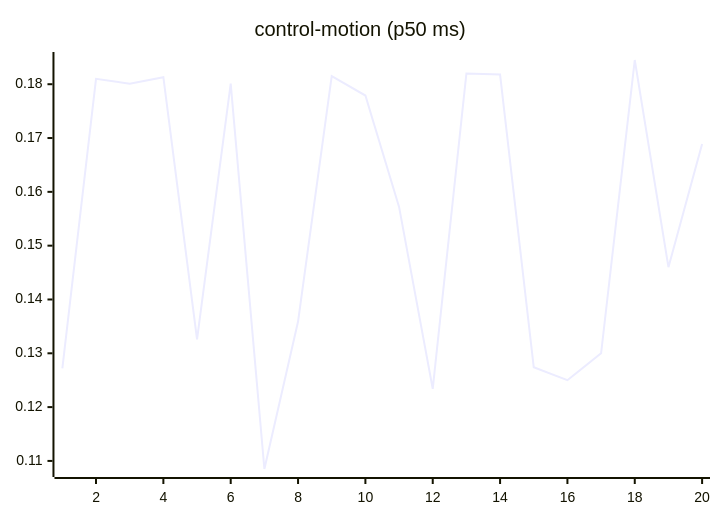
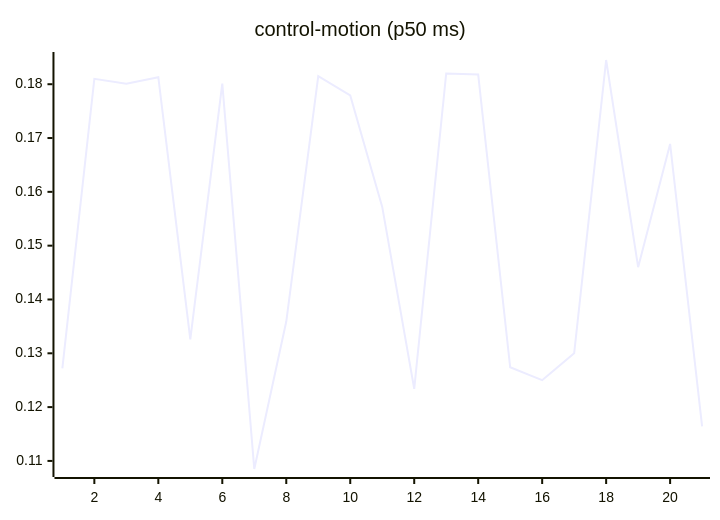
The seventh of 27 diagrams in README.md (josha/Facet), drawn with Mermaid before and after one commit. The commit also changed other lines of this file and 2 other files, not shown here.

````diff
--- a/README.md
+++ b/README.md
@@ -105,6 +105,6 @@
 ```mermaid
 xychart-beta
     title "control-motion (p50 ms)"
-    x-axis 1 --> 20
-    line [0.1272, 0.1810, 0.1801, 0.1813, 0.1326, 0.1801, 0.1085, 0.1359, 0.1815, 0.1779, 0.1572, 0.1234, 0.1820, 0.1818, 0.1274, 0.1250, 0.1300, 0.1845, 0.1460, 0.1689]
+    x-axis 1 --> 21
+    line [0.1272, 0.1810, 0.1801, 0.1813, 0.1326, 0.1801, 0.1085, 0.1359, 0.1815, 0.1779, 0.1572, 0.1234, 0.1820, 0.1818, 0.1274, 0.1250, 0.1300, 0.1845, 0.1460, 0.1689, 0.1164]
 ```
````
